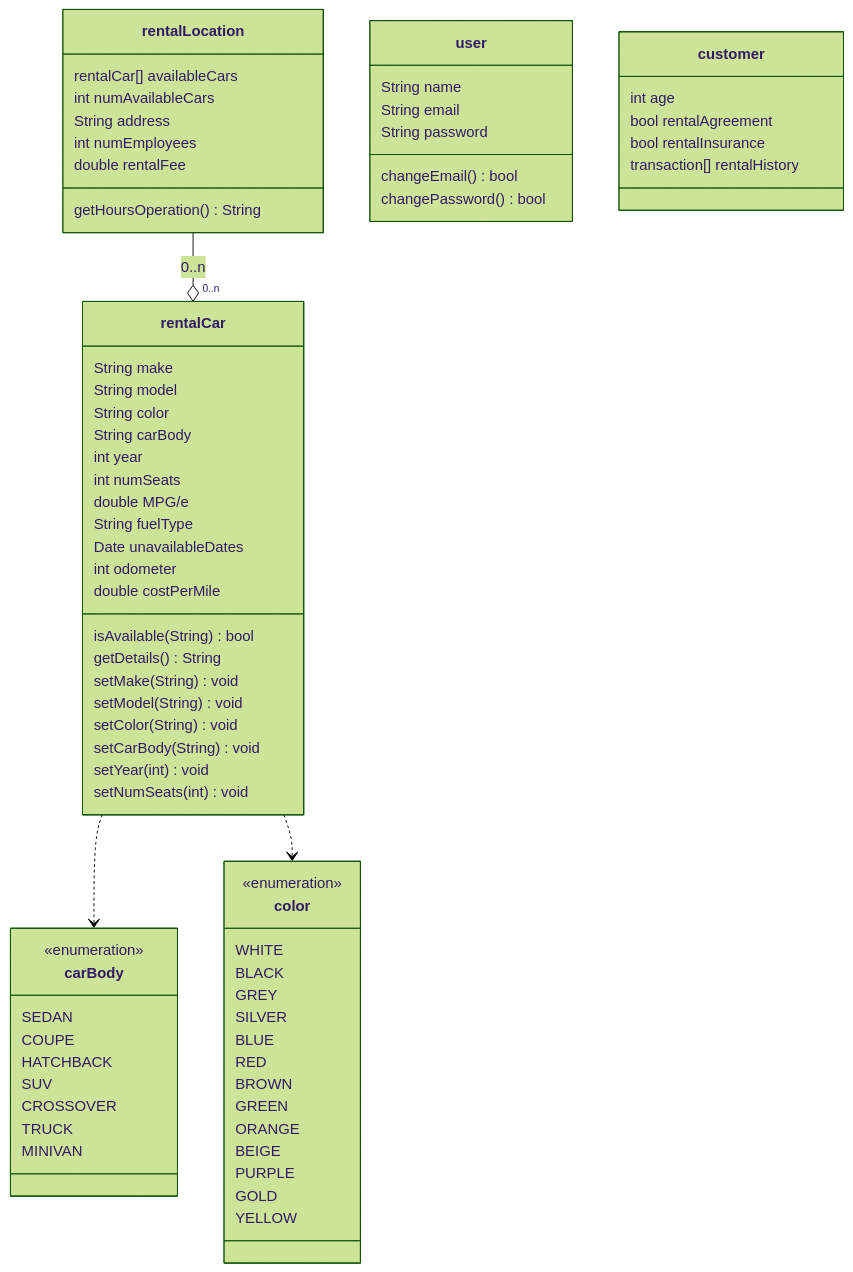
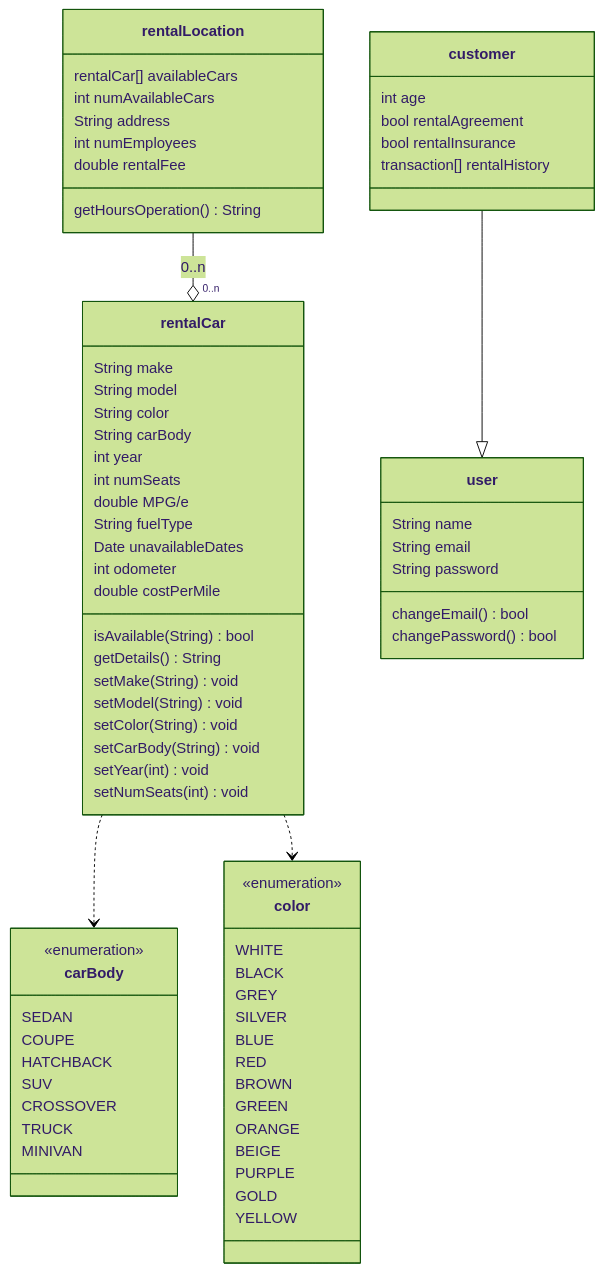
Before and after one commit to bczuniga/CS250-Sp23-Group13: the diagram in UML Car Rental.md, drawn with Mermaid (forest theme).

Commit message:
Updated UML Car Rental.md

```diff
--- a/UML Car Rental.md
+++ b/UML Car Rental.md
@@ -7,6 +7,7 @@
     rentalCar ..> carBody
     rentalCar ..> color
     rentalLocation --o "0..n" rentalCar : 0..n
+    customer --|> user
     
     class user {
         String name
```
